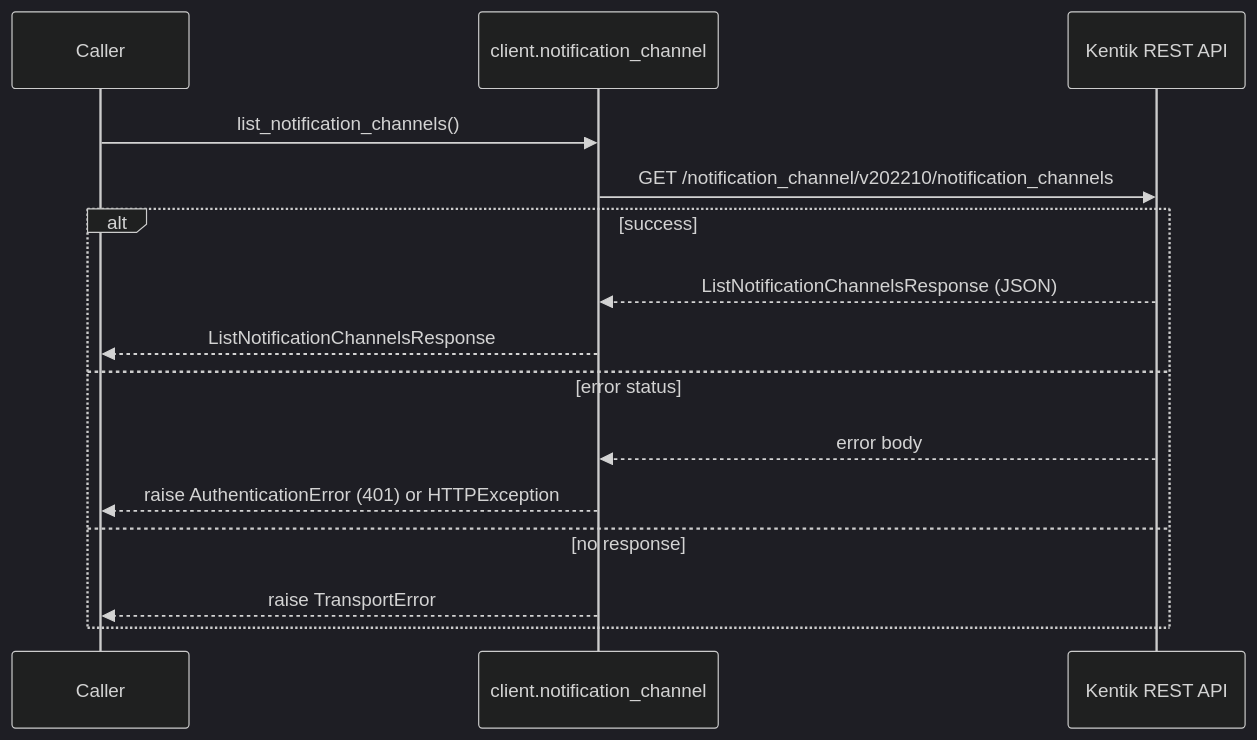
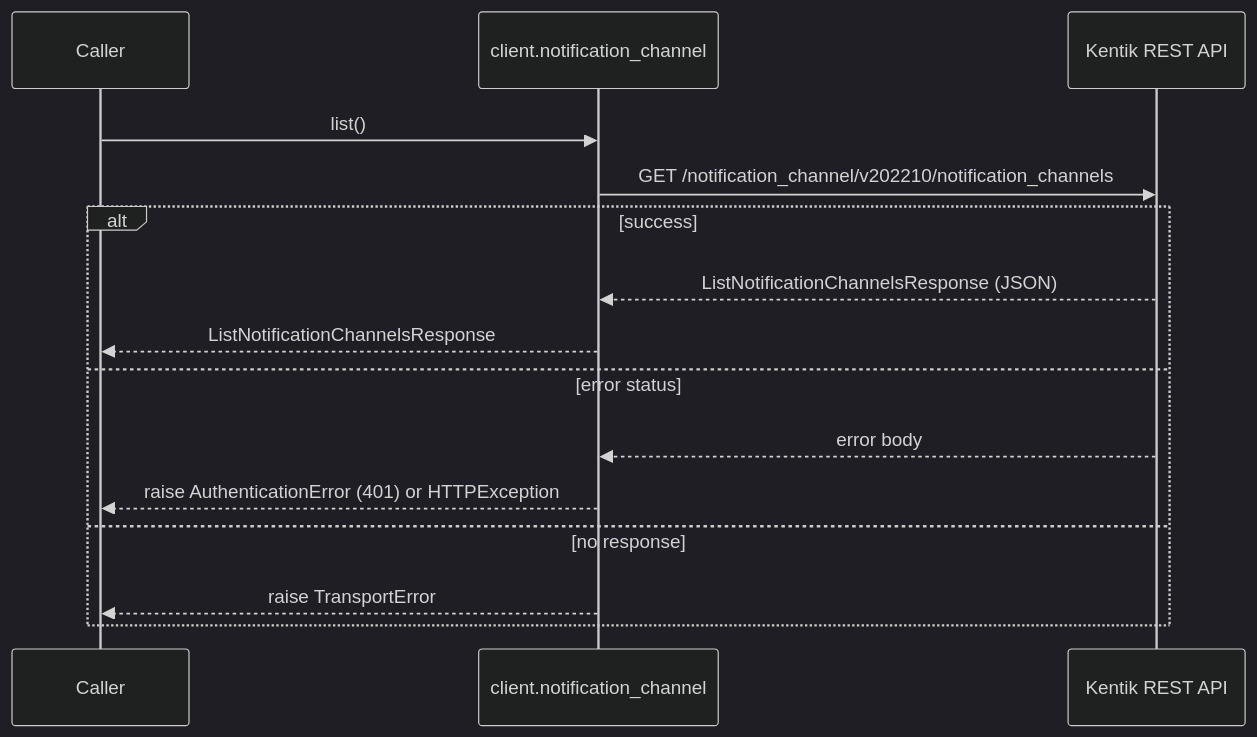
The second of 8 diagrams in docs/sphinx/services/notification_channel.md (alexdearaujo/community_sdk_python), drawn with Mermaid (dark theme) before and after one commit. The commit also changed other lines of this file and 119 other files, not shown here.

````diff
--- a/docs/sphinx/services/notification_channel.md
+++ b/docs/sphinx/services/notification_channel.md
@@ -38,18 +38,18 @@
 ```mermaid
 sequenceDiagram
     participant C as Caller
     participant W as client.notification_channel
     participant API as Kentik REST API
 
-    C->>W: list_notification_channels()
+    C->>W: list()
     W->>API: GET /notification_channel/v202210/notification_channels
     alt success
         API-->>W: ListNotificationChannelsResponse (JSON)
         W-->>C: ListNotificationChannelsResponse
     else error status
         API-->>W: error body
         W-->>C: raise AuthenticationError (401) or HTTPException
     else no response
         W-->>C: raise TransportError
     end
 ```
````
